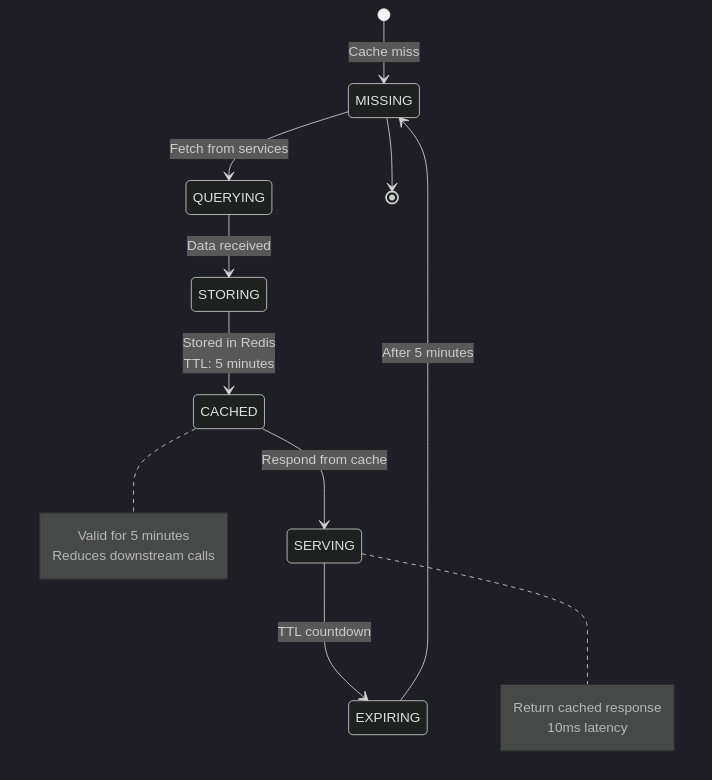
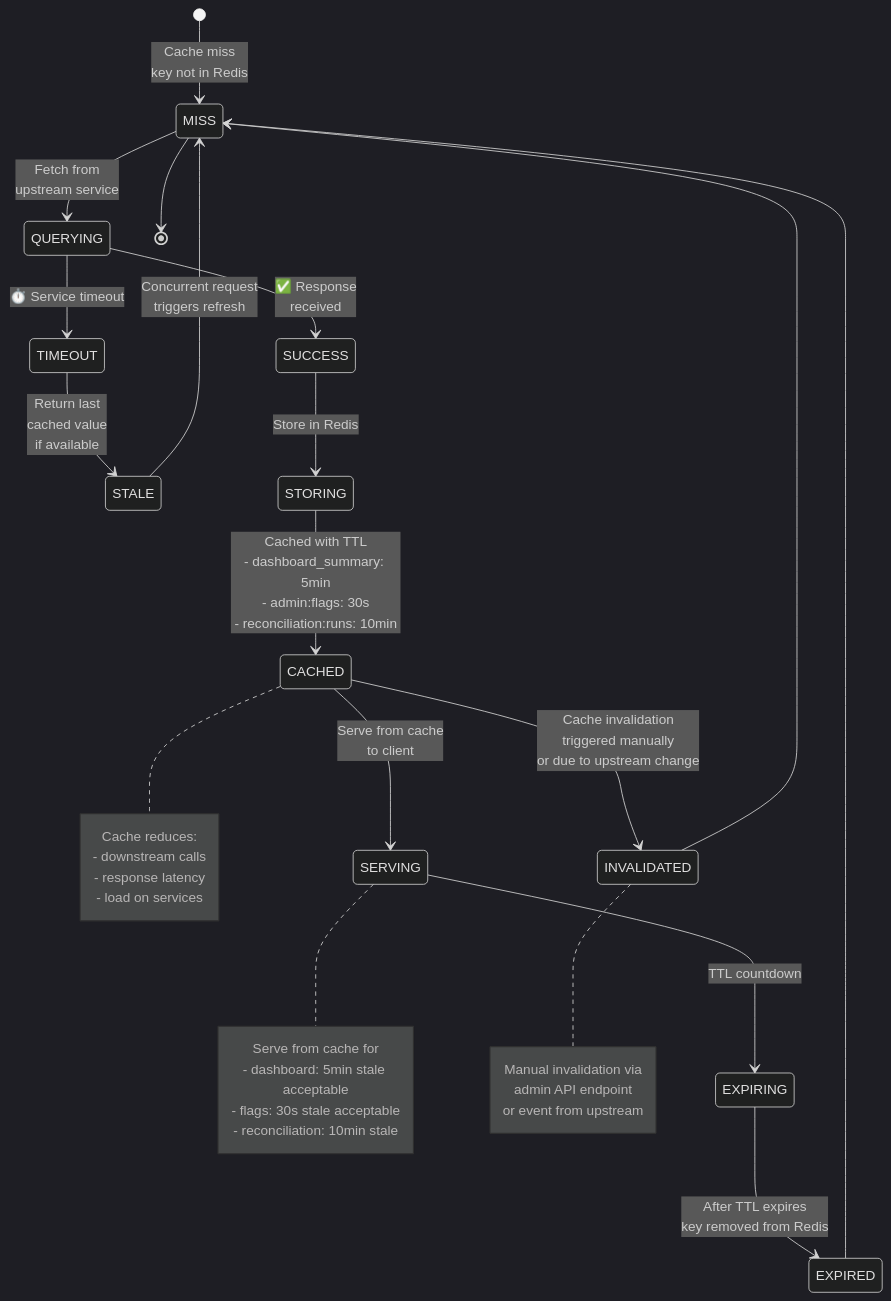
One commit to sunitakeazycommerz-a11y/InstaCommerce changed the sixth of 6 diagrams in docs/services/admin-gateway-service/diagrams-v2/05-state-machine.md. Above: the diagram before and after it, drawn with Mermaid (dark theme). The commit also changed other lines of this file and 12 other files, not shown here.

````diff
--- a/docs/services/admin-gateway-service/diagrams-v2/05-state-machine.md
+++ b/docs/services/admin-gateway-service/diagrams-v2/05-state-machine.md
@@ -84,21 +345,52 @@
 ```mermaid
 stateDiagram-v2
-    [*] --> MISSING: Cache miss
-    MISSING --> QUERYING: Fetch from services
-    QUERYING --> STORING: Data received
-    STORING --> CACHED: Stored in Redis<br/>TTL: 5 minutes
-    CACHED --> SERVING: Respond from cache
+    [*] --> MISS: Cache miss<br/>key not in Redis
+
+    MISS --> QUERYING: Fetch from<br/>upstream service
+
+    QUERYING --> TIMEOUT: ⏱️ Service timeout
+
+    TIMEOUT --> STALE: Return last<br/>cached value<br/>if available
+
+    QUERYING --> SUCCESS: ✅ Response<br/>received
+
+    SUCCESS --> STORING: Store in Redis
+
+    STORING --> CACHED: Cached with TTL<br/>- dashboard_summary: 5min<br/>- admin:flags: 30s<br/>- reconciliation:runs: 10min
+
+    CACHED --> SERVING: Serve from cache<br/>to client
+
     SERVING --> EXPIRING: TTL countdown
-    EXPIRING --> MISSING: After 5 minutes
-    MISSING --> [*]
+
+    EXPIRING --> EXPIRED: After TTL expires<br/>key removed from Redis
+
+    EXPIRED --> MISS
+
+    CACHED --> INVALIDATED: Cache invalidation<br/>triggered manually<br/>or due to upstream change
+
+    INVALIDATED --> MISS
+
+    STALE --> MISS: Concurrent request<br/>triggers refresh
+
+    MISS --> [*]
 
     note right of CACHED
-        Valid for 5 minutes
-        Reduces downstream calls
+        Cache reduces:
+        - downstream calls
+        - response latency
+        - load on services
     end note
 
     note right of SERVING
-        Return cached response
-        10ms latency
+        Serve from cache for
+        - dashboard: 5min stale acceptable
+        - flags: 30s stale acceptable
+        - reconciliation: 10min stale
+    end note
+
+    note right of INVALIDATED
+        Manual invalidation via
+        admin API endpoint
+        or event from upstream
     end note
 ```
````
